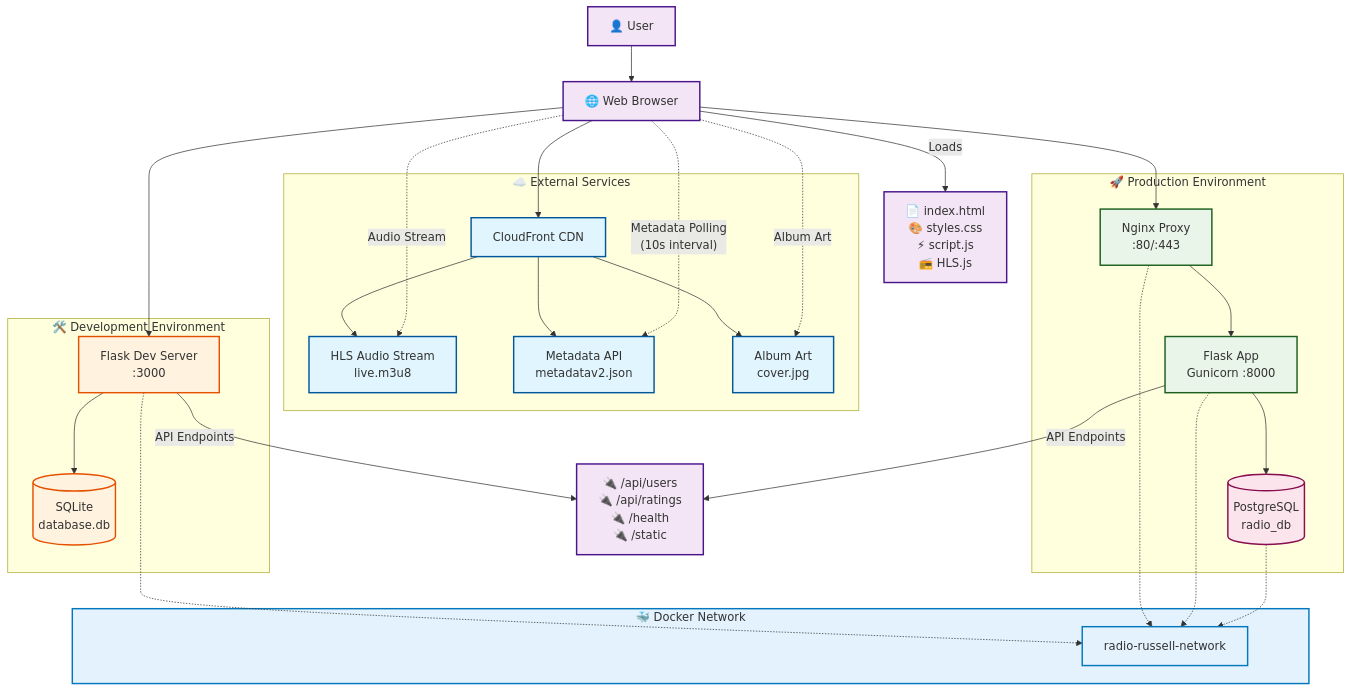
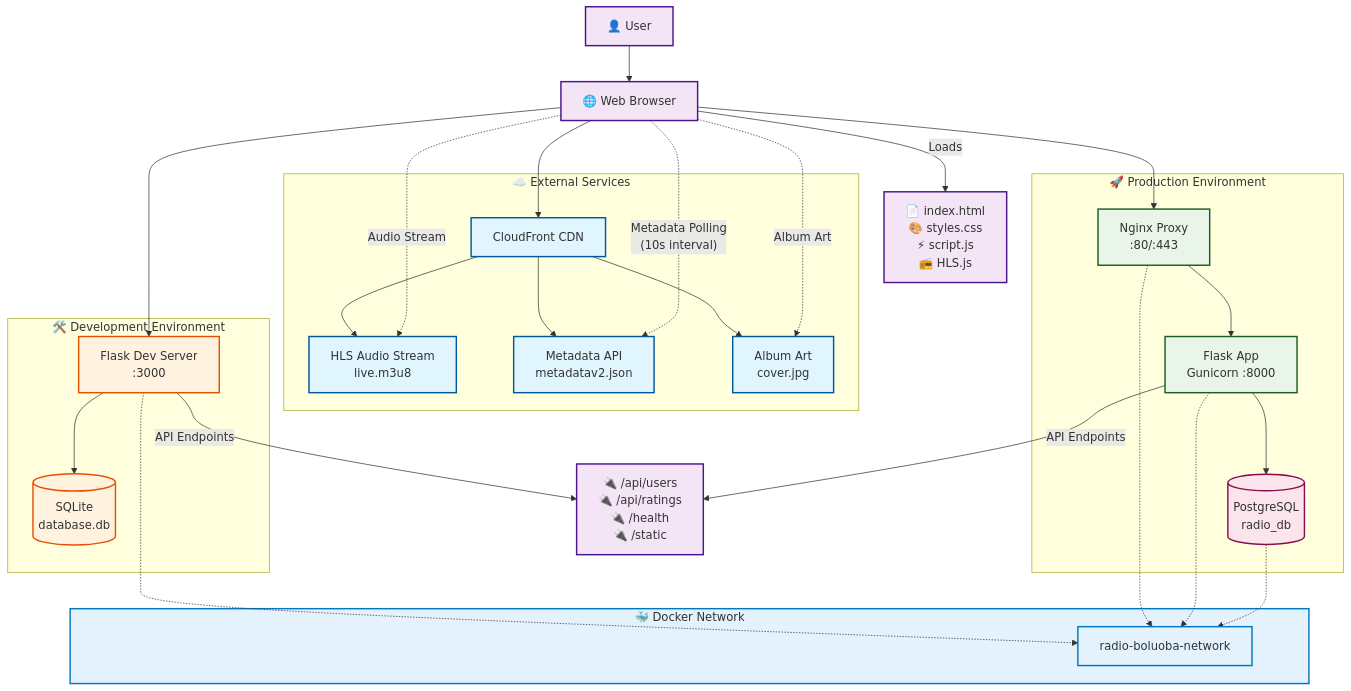
Before and after one commit to ruoguluo/radio_calico: the diagram in architecture.md, drawn with Mermaid. The commit also changed 5 other files, not shown here.

First line of the commit message:
Change application title from 'Radio Russell' to 'Radio BoLuoBa'

```diff
--- a/architecture.md
+++ b/architecture.md
@@ -29,7 +29,7 @@
     
     %% Docker Network
     subgraph DOCKER["🐳 Docker Network"]
-        CONTAINERS["radio-russell-network"]
+        CONTAINERS["radio-boluoba-network"]
     end
     
     %% Data Flow
```
